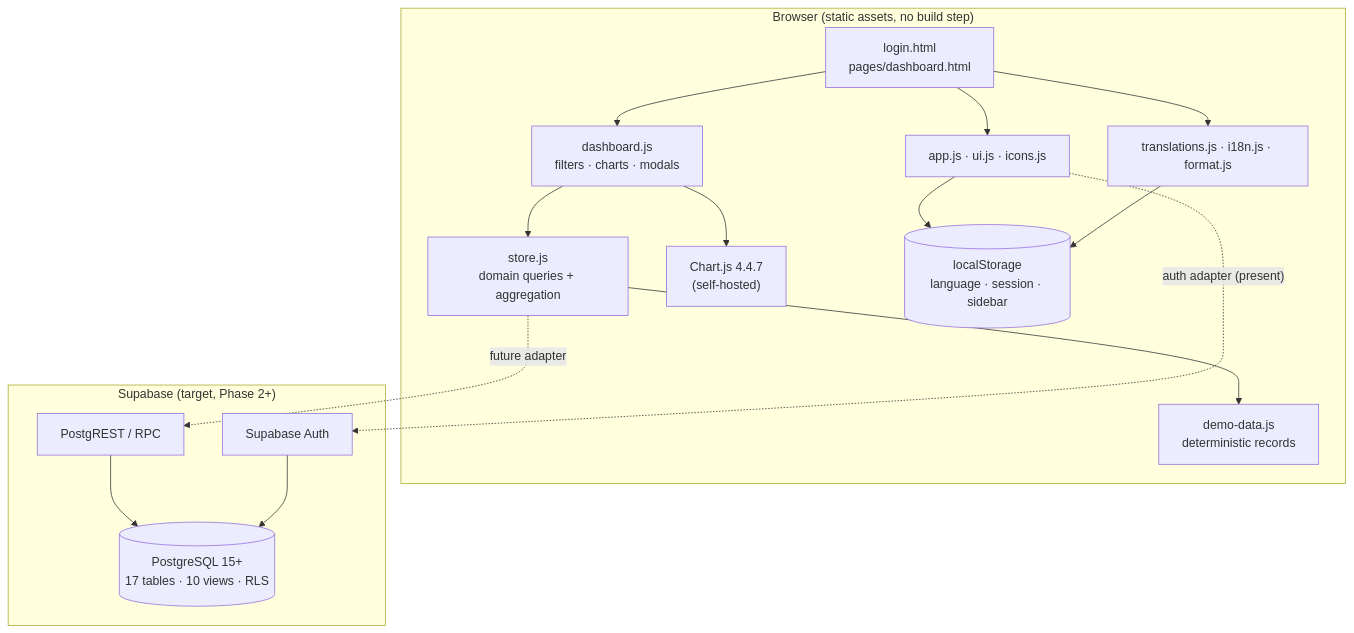
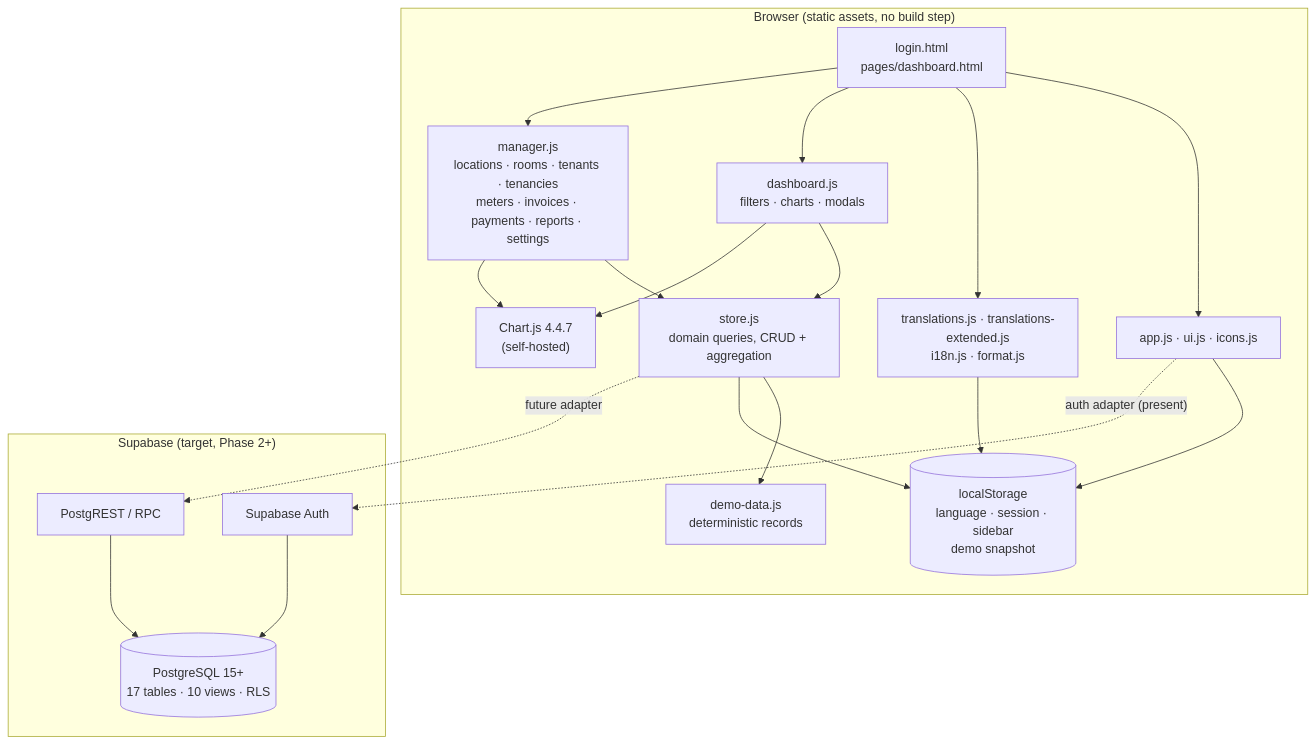
One commit to oemlyhour123/test01 changed the first of 5 diagrams in docs/ARCHITECTURE.md. Above: the diagram before and after it, drawn with Mermaid. The commit also changed other lines of this file and 29 other files, not shown here.

Commit message:
Complete phases 2-7: management modules, billing, payments, reports, settings

````diff
--- a/docs/ARCHITECTURE.md
+++ b/docs/ARCHITECTURE.md
@@ -16,33 +22,38 @@
 ```mermaid
 flowchart TB
   subgraph Browser["Browser (static assets, no build step)"]
     Pages["login.html<br/>pages/dashboard.html"]
     Shell["app.js · ui.js · icons.js"]
-    I18n["translations.js · i18n.js · format.js"]
+    I18n["translations.js · translations-extended.js<br/>i18n.js · format.js"]
     Dashboard["dashboard.js<br/>filters · charts · modals"]
-    Store["store.js<br/>domain queries + aggregation"]
+    Manager["manager.js<br/>locations · rooms · tenants · tenancies<br/>meters · invoices · payments · reports · settings"]
+    Store["store.js<br/>domain queries, CRUD + aggregation"]
     Demo["demo-data.js<br/>deterministic records"]
     Chart["Chart.js 4.4.7<br/>(self-hosted)"]
-    Storage[("localStorage<br/>language · session · sidebar")]
+    Storage[("localStorage<br/>language · session · sidebar<br/>demo snapshot")]
   end
 
   subgraph Backend["Supabase (target, Phase 2+)"]
     Auth["Supabase Auth"]
     API["PostgREST / RPC"]
     DB[("PostgreSQL 15+<br/>17 tables · 10 views · RLS")]
   end
 
   Pages --> Shell
   Pages --> I18n
   Pages --> Dashboard
+  Pages --> Manager
   Dashboard --> Store
+  Manager --> Store
   Store --> Demo
+  Store --> Storage
   Dashboard --> Chart
+  Manager --> Chart
   Shell --> Storage
   I18n --> Storage
 
   Store -. "future adapter" .-> API
   Shell -. "auth adapter (present)" .-> Auth
   API --> DB
   Auth --> DB
 ```
````
